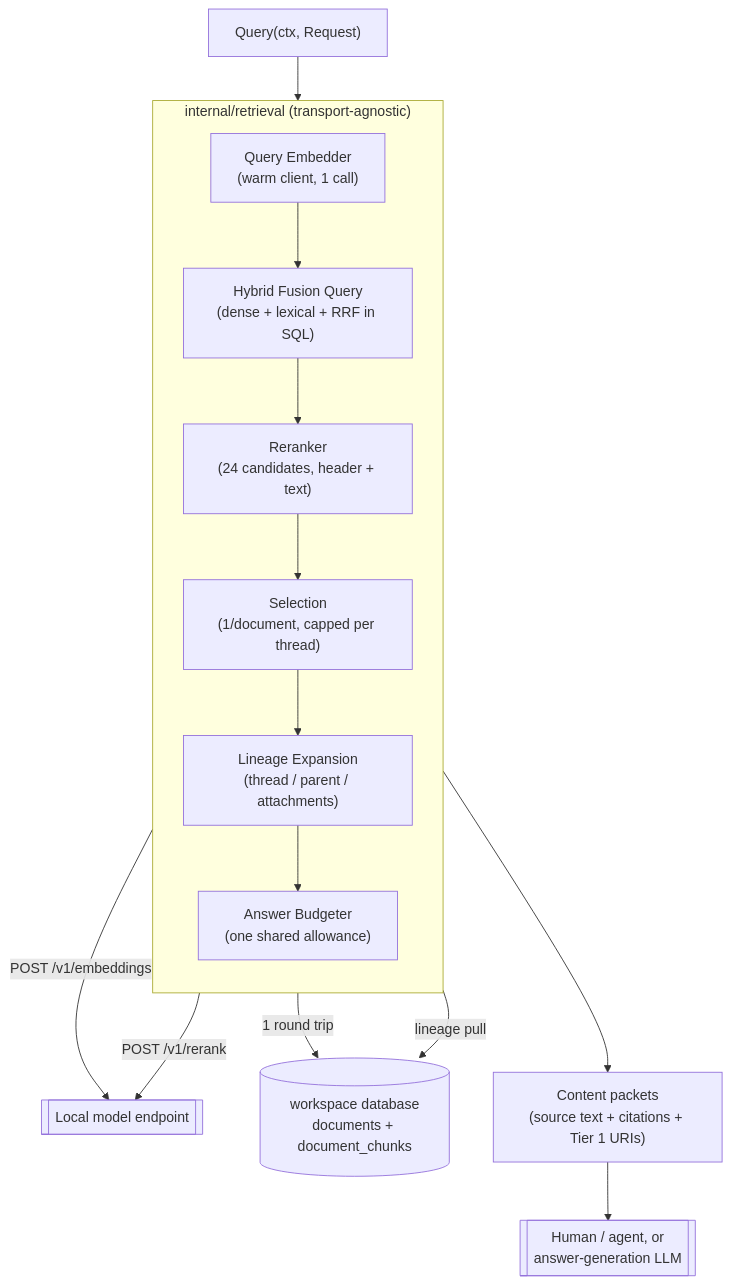
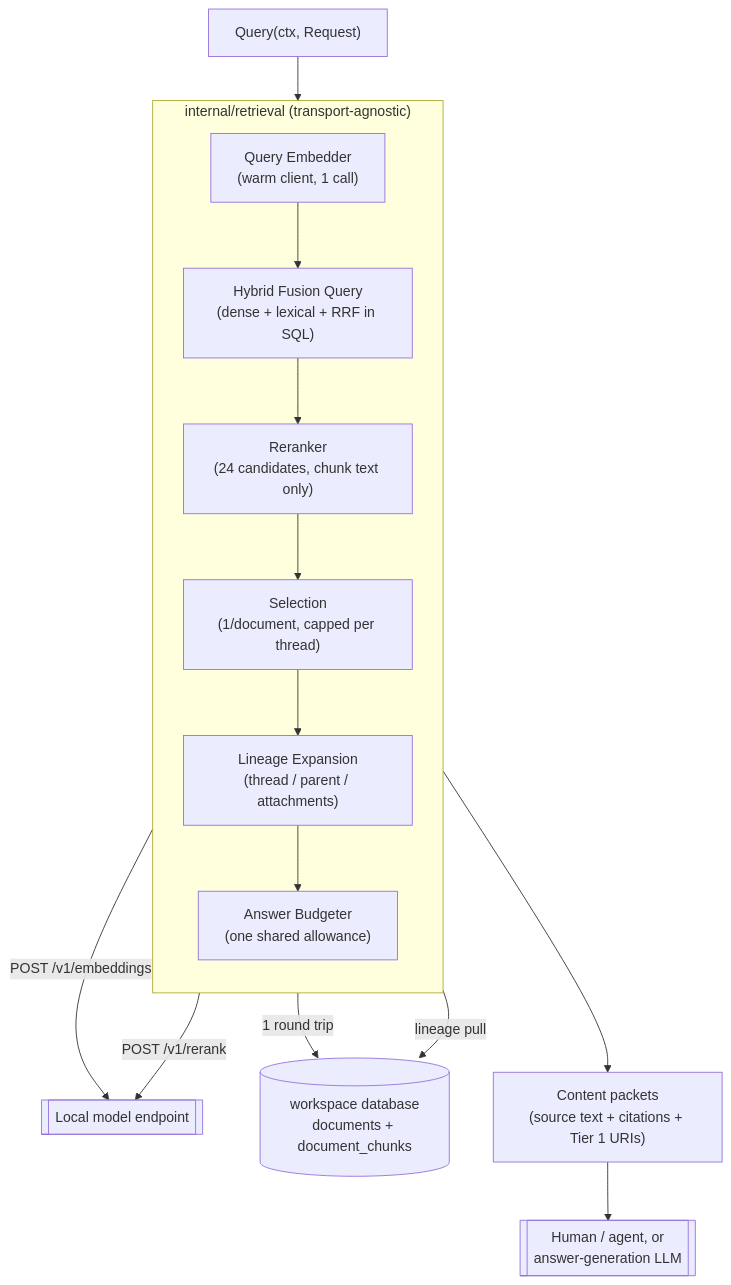
One commit to suankan/pocket-advisor changed the diagram in docs/retrieval-design.md. Above: the diagram before and after it, drawn with Mermaid. The commit also changed other lines of this file and 9 other files, not shown here.

````diff
--- a/docs/retrieval-design.md
+++ b/docs/retrieval-design.md
@@ -87,25 +94,25 @@
 ```mermaid
 flowchart TB
     Q["Query(ctx, Request)"] --> R
 
     subgraph R["internal/retrieval (transport-agnostic)"]
         direction TB
         Embed["Query Embedder\n(warm client, 1 call)"]
         Fuse["Hybrid Fusion Query\n(dense + lexical + RRF in SQL)"]
-        Rerank["Reranker\n(24 candidates, header + text)"]
+        Rerank["Reranker\n(24 candidates, chunk text only)"]
         Select["Selection\n(1/document, capped per thread)"]
         Expand["Lineage Expansion\n(thread / parent / attachments)"]
         Budget["Answer Budgeter\n(one shared allowance)"]
 
         Embed --> Fuse --> Rerank --> Select --> Expand --> Budget
     end
 
     Embed -- "POST /v1/embeddings" --> Models[["Local model endpoint"]]
     Rerank -- "POST /v1/rerank" --> Models
 
     Fuse -- "1 round trip" --> PG[("workspace database\ndocuments + document_chunks")]
     Expand -- "lineage pull" --> PG
 
     Budget --> Packets["Content packets\n(source text + citations + Tier 1 URIs)"]
     Packets --> Consumer[["Human / agent, or\nanswer-generation LLM"]]
 ```
````
